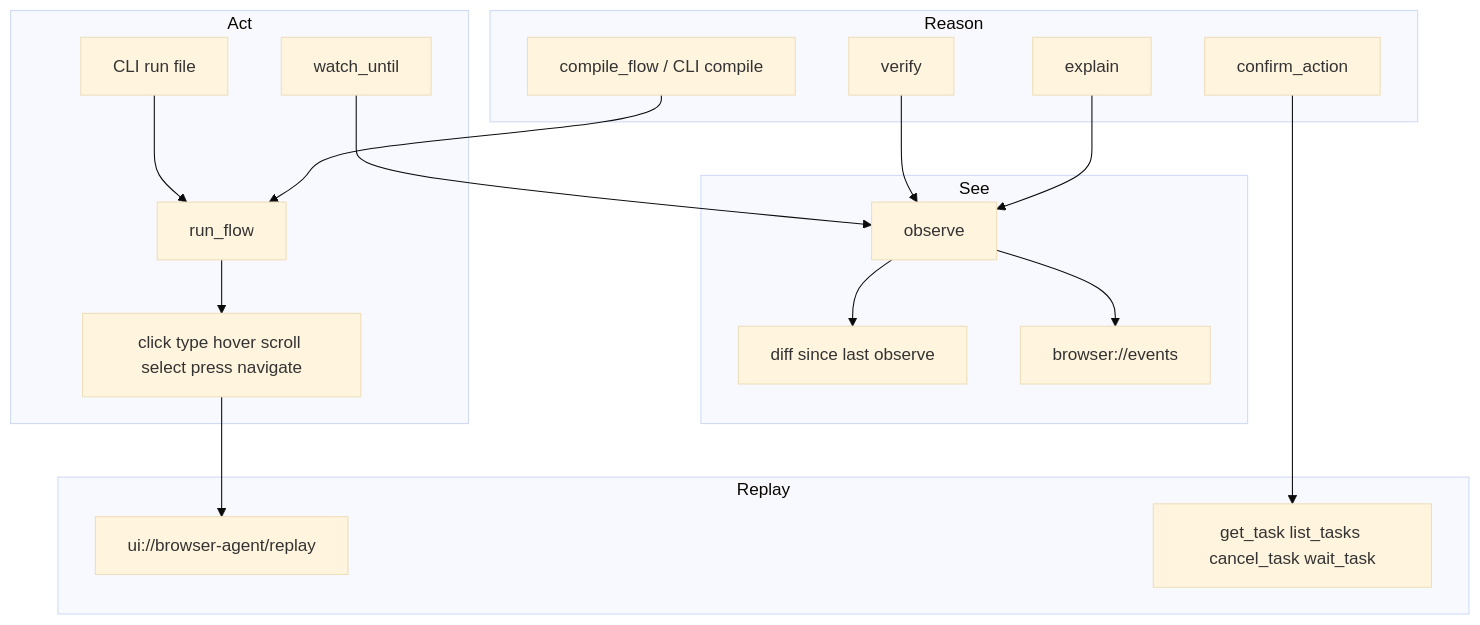
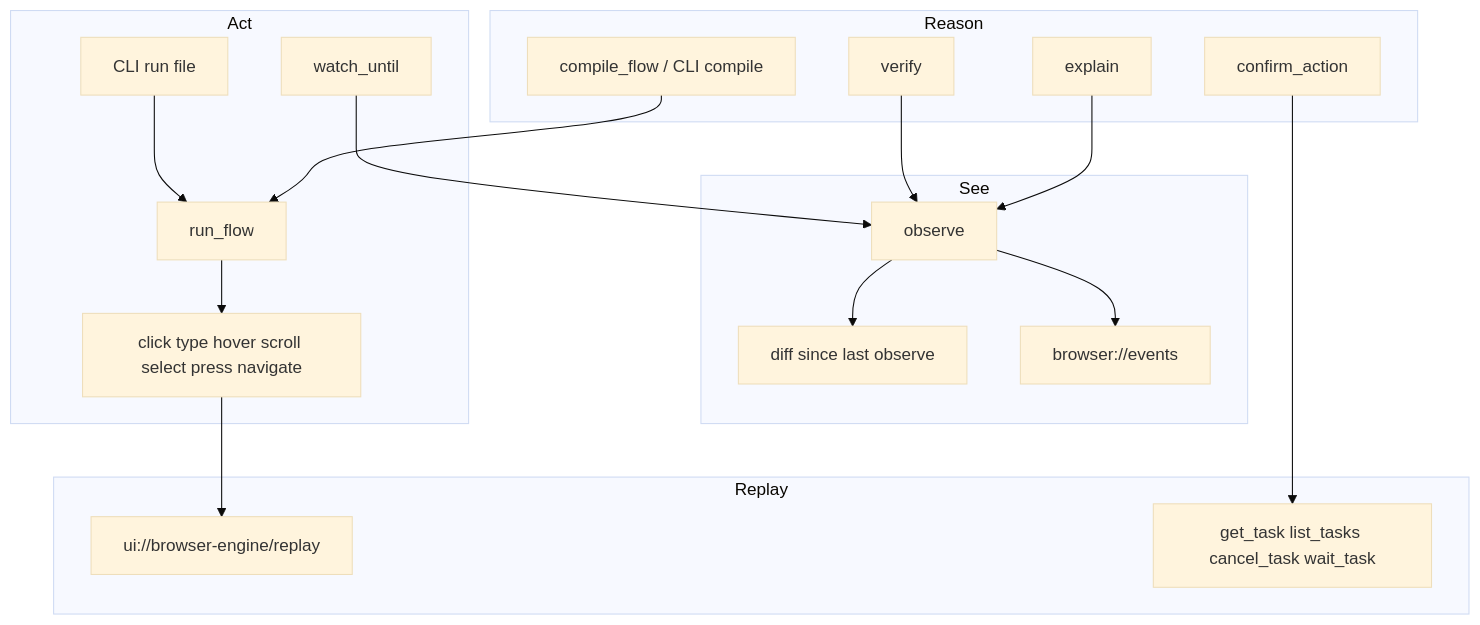
Before and after one commit to PremierStudio/BrowserAgent: the second of 2 diagrams in docs/architecture.md, drawn with Mermaid (base theme). The commit also changed other lines of this file and 33 other files, not shown here.

First line of the commit message:
Rename the product to BrowserEngine.

````diff
--- a/docs/architecture.md
+++ b/docs/architecture.md
@@ -45,38 +45,38 @@
 ```mermaid
 flowchart TB
     subgraph See["See"]
         O[observe]
         D[diff since last observe]
         E[browser://events]
     end
 
     subgraph Act["Act"]
         A[click type hover scroll select press navigate]
         F[run_flow]
         W[watch_until]
         R[CLI run file]
     end
 
     subgraph Reason["Reason"]
         V[verify]
         X[explain]
         C[confirm_action]
         P[compile_flow / CLI compile]
     end
 
     subgraph Replay["Replay"]
-        U[ui://browser-agent/replay]
+        U[ui://browser-engine/replay]
         T[get_task list_tasks cancel_task wait_task]
     end
 
     O --> D
     O --> E
     A --> U
     F --> A
     R --> F
     W --> O
     V --> O
     X --> O
     P --> F
     C --> T
 ```
````
